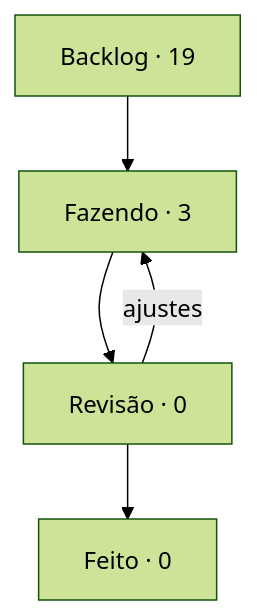
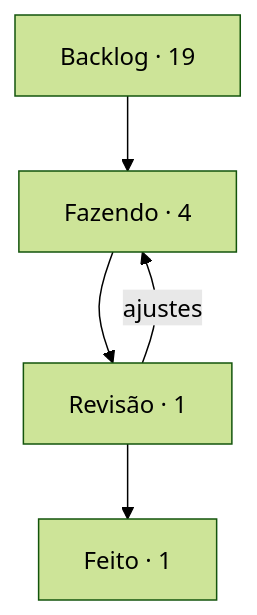
One commit to StudioVibi/VibiKanban changed the diagram in boards/dungeon-bend/BOARD.md. Above: the diagram before and after it, drawn with Mermaid (forest theme). The commit also changed other lines of this file and 3 other files, not shown here.

````diff
--- a/boards/dungeon-bend/BOARD.md
+++ b/boards/dungeon-bend/BOARD.md
@@ -5,10 +5,10 @@
 ```mermaid
 flowchart TD
-  backlog["Backlog · 19"] --> doing["Fazendo · 3"]
-  doing --> review["Revisão · 0"]
-  review --> done["Feito · 0"]
+  backlog["Backlog · 19"] --> doing["Fazendo · 4"]
+  doing --> review["Revisão · 1"]
+  review --> done["Feito · 1"]
   review -->|ajustes| doing
   doing:::blue
   review:::yellow
   done:::green
 ```
````
